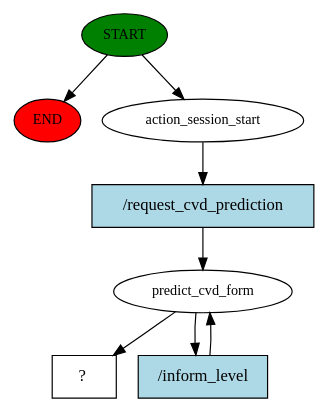
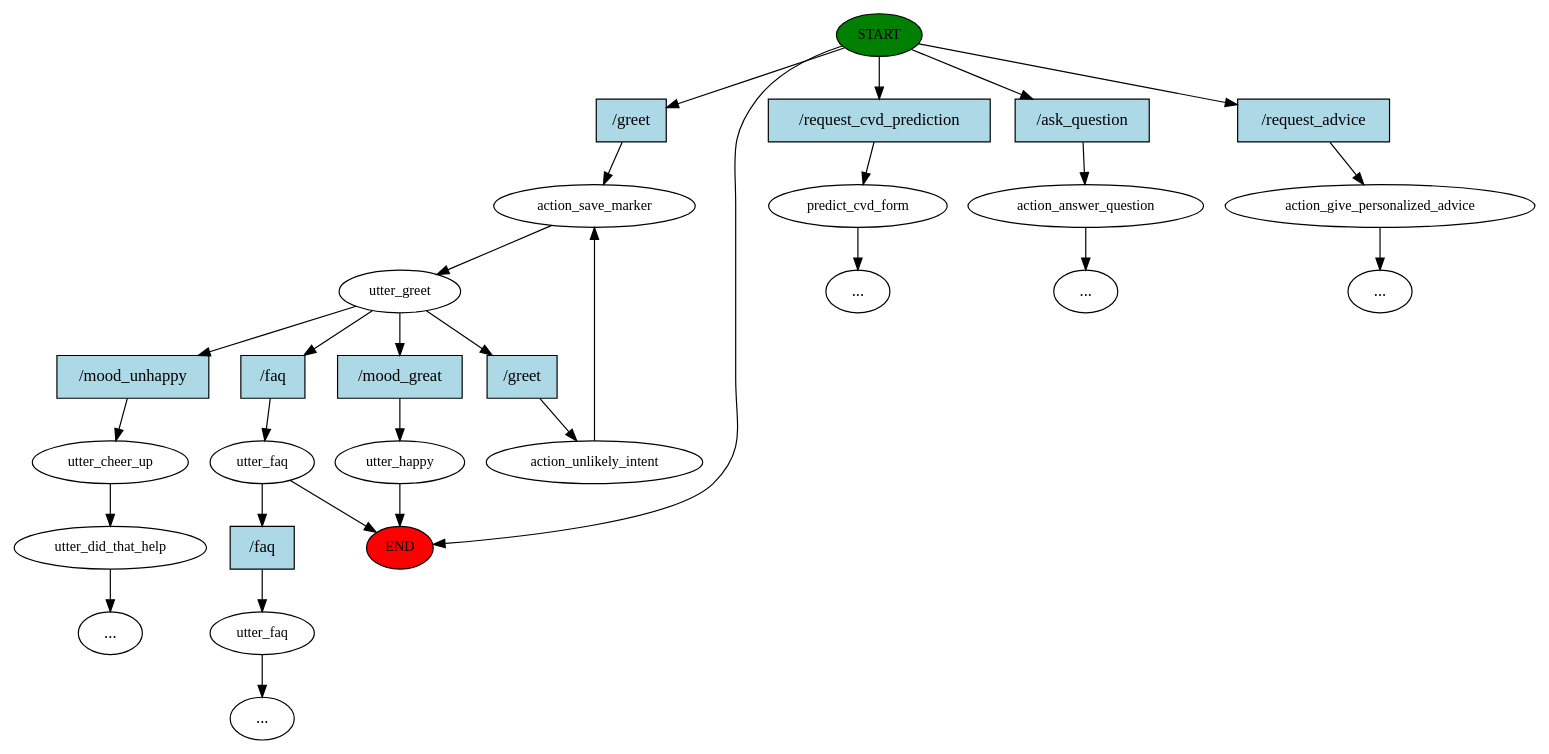
Before and after one commit to bianca-paula/BachelorThesis: the diagram in rasa-chatbot/story_graph.dot, drawn with Graphviz. The commit also changed 91 other files, not shown here.

```diff
--- a/rasa-chatbot/story_graph.dot
+++ b/rasa-chatbot/story_graph.dot
@@ -1,16 +1,58 @@
 digraph  {
 0 [class="start active", fillcolor=green, fontsize=12, label=START, style=filled];
 "-1" [class=end, fillcolor=red, fontsize=12, label=END, style=filled];
-1 [class=active, fontsize=12, label=action_session_start];
-2 [class=active, fontsize=12, label=predict_cvd_form];
-5 [class="intent dashed active", label="  ?  ", shape=rect];
-6 [class="intent active", fillcolor=lightblue, label="/request_cvd_prediction", shape=rect, style=filled];
-7 [class="intent active", fillcolor=lightblue, label="/inform_level", shape=rect, style=filled];
+1 [class=active, fontsize=12, label=action_save_marker];
+2 [class="active dashed", fontsize=12, label=utter_greet];
+3 [class="", fontsize=12, label=utter_faq];
+4 [class="", fontsize=12, label=predict_cvd_form];
+"-3" [class=ellipsis, label="..."];
+7 [class="", fontsize=12, label=utter_happy];
+10 [class="", fontsize=12, label=utter_cheer_up];
+11 [class="", fontsize=12, label=utter_did_that_help];
+"-5" [class=ellipsis, label="..."];
+19 [class="", fontsize=12, label=utter_faq];
+"-6" [class=ellipsis, label="..."];
+20 [class="", fontsize=12, label=action_answer_question];
+"-7" [class=ellipsis, label="..."];
+21 [class="", fontsize=12, label=action_give_personalized_advice];
+"-8" [class=ellipsis, label="..."];
+24 [class=active, fontsize=12, label=action_unlikely_intent];
+27 [class="intent active", fillcolor=lightblue, label="/greet", shape=rect, style=filled];
+28 [class=intent, fillcolor=lightblue, label="/request_cvd_prediction", shape=rect, style=filled];
+29 [class=intent, fillcolor=lightblue, label="/ask_question", shape=rect, style=filled];
+30 [class=intent, fillcolor=lightblue, label="/request_advice", shape=rect, style=filled];
+31 [class=intent, fillcolor=lightblue, label="/faq", shape=rect, style=filled];
+32 [class=intent, fillcolor=lightblue, label="/mood_great", shape=rect, style=filled];
+33 [class=intent, fillcolor=lightblue, label="/mood_unhappy", shape=rect, style=filled];
+34 [class="intent active", fillcolor=lightblue, label="/greet", shape=rect, style=filled];
+35 [class=intent, fillcolor=lightblue, label="/faq", shape=rect, style=filled];
 0 -> "-1"  [class="", key=NONE, label=""];
-0 -> 1  [class=active, key=NONE, label=""];
-1 -> 6  [class=active, key=0];
-2 -> 5  [class=active, key=NONE, label=""];
-2 -> 7  [class=active, key=0];
-6 -> 2  [class=active, key=0];
-7 -> 2  [class=active, key=0];
+0 -> 27  [class=active, key=0];
+0 -> 28  [class="", key=0];
+0 -> 29  [class="", key=0];
+0 -> 30  [class="", key=0];
+1 -> 2  [class=active, key=NONE, label=""];
+2 -> 31  [class="", key=0];
+2 -> 32  [class="", key=0];
+2 -> 33  [class="", key=0];
+2 -> 34  [class=active, key=0];
+3 -> "-1"  [class="", key=NONE, label=""];
+3 -> 35  [class="", key=0];
+4 -> "-3"  [class="", key=NONE, label=""];
+7 -> "-1"  [class="", key=NONE, label=""];
+10 -> 11  [class="", key=NONE, label=""];
+11 -> "-5"  [class="", key=NONE, label=""];
+19 -> "-6"  [class="", key=NONE, label=""];
+20 -> "-7"  [class="", key=NONE, label=""];
+21 -> "-8"  [class="", key=NONE, label=""];
+24 -> 1  [class=active, key=NONE, label=""];
+27 -> 1  [class=active, key=0];
+28 -> 4  [class="", key=0];
+29 -> 20  [class="", key=0];
+30 -> 21  [class="", key=0];
+31 -> 3  [class="", key=0];
+32 -> 7  [class="", key=0];
+33 -> 10  [class="", key=0];
+34 -> 24  [class=active, key=0];
+35 -> 19  [class="", key=0];
 }
```
